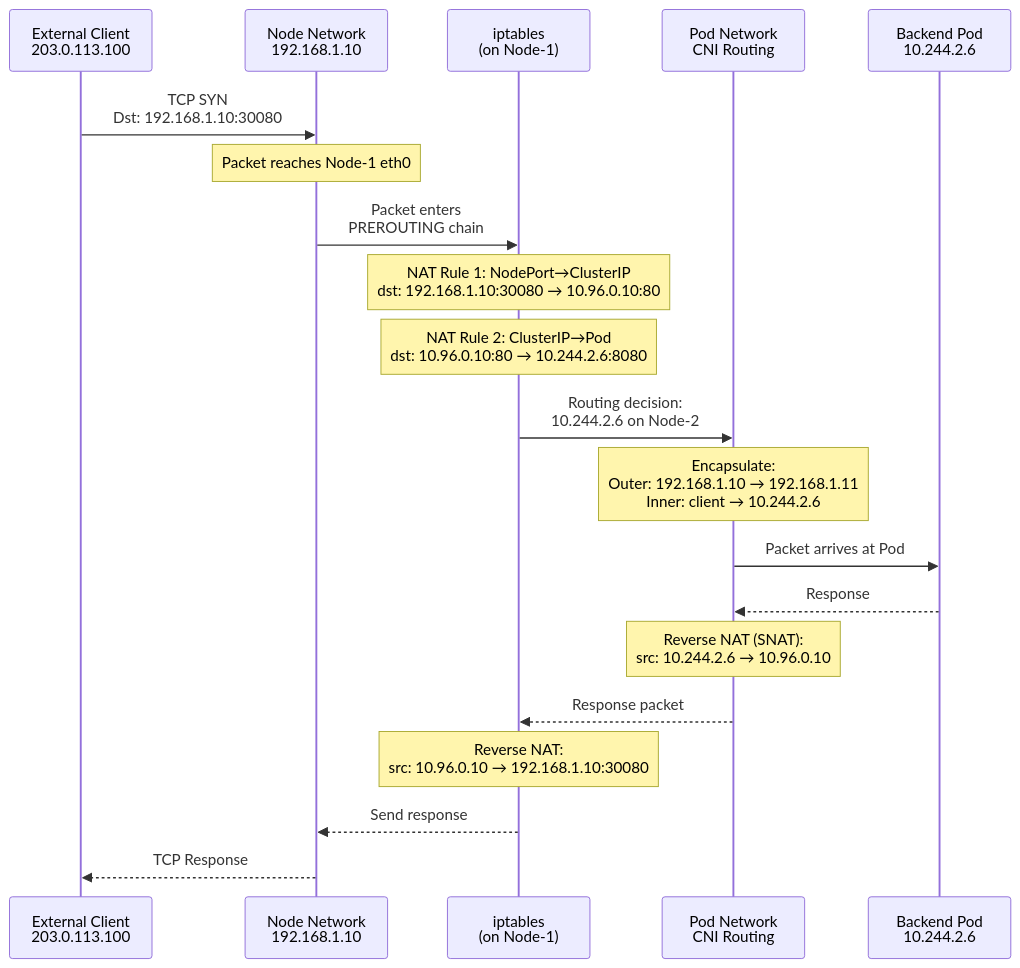
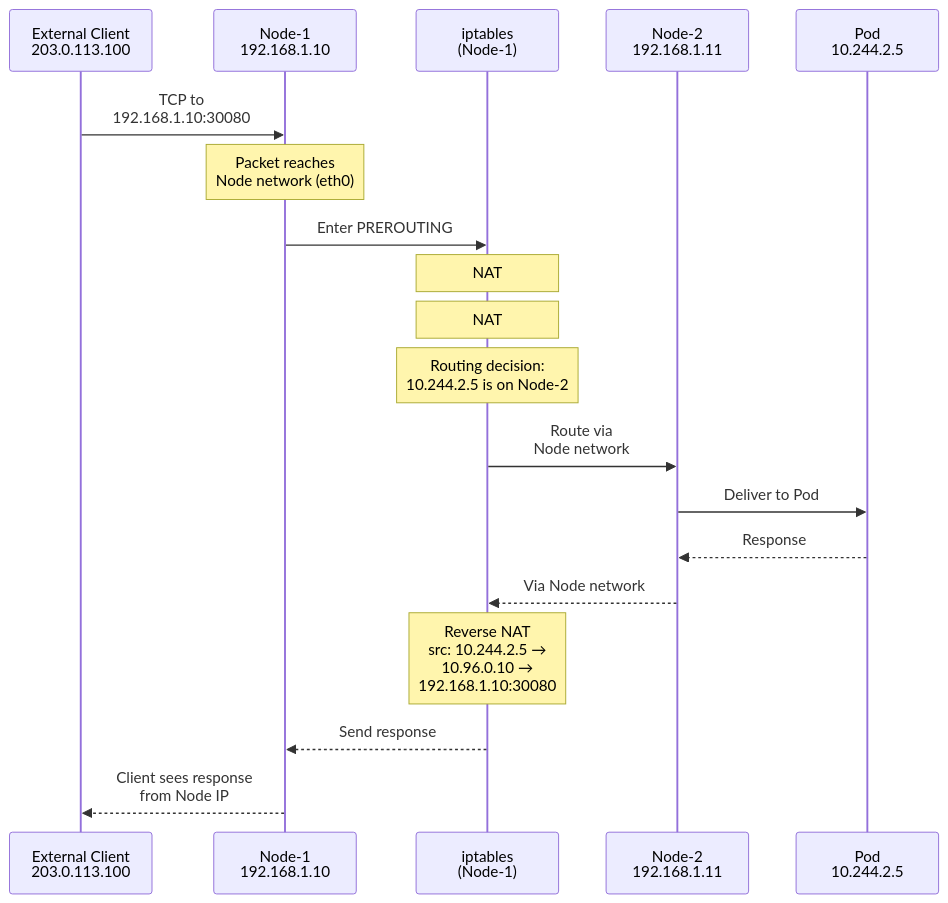
Before and after one commit to Anmol33/SystemDesign: the ninth of 10 diagrams in k8s/02_Kubernetes_Services_Networking.md, drawn with Mermaid. The commit also changed other lines of this file and 1 other file, not shown here.

````diff
--- a/k8s/02_Kubernetes_Services_Networking.md
+++ b/k8s/02_Kubernetes_Services_Networking.md
@@ -1271,35 +984,32 @@
 ```mermaid
 sequenceDiagram
-    participant Client as External Client<br/>203.0.113.100
-    participant NodeNet as Node Network<br/>192.168.1.10
-    participant IPTables as iptables<br/>(on Node-1)
-    participant PodNet as Pod Network<br/>CNI Routing
-    participant Pod as Backend Pod<br/>10.244.2.6
+    participant Ext as External Client<br/>203.0.113.100
+    participant N1 as Node-1<br/>192.168.1.10
+    participant IPT as iptables<br/>(Node-1)
+    participant N2 as Node-2<br/>192.168.1.11
+    participant Pod as Pod<br/>10.244.2.5
 
-    Client->>NodeNet: TCP SYN<br/>Dst: 192.168.1.10:30080
-    Note over NodeNet: Packet reaches Node-1 eth0
+    Ext->>N1: TCP to<br/>192.168.1.10:30080
     
-    NodeNet->>IPTables: Packet enters<br/>PREROUTING chain
+    Note over N1: Packet reaches<br/>Node network (eth0)
     
-    Note over IPTables: NAT Rule 1: NodePort→ClusterIP<br/>dst: 192.168.1.10:30080 → 10.96.0.10:80
+    N1->>IPT: Enter PREROUTING
     
-    Note over IPTables: NAT Rule 2: ClusterIP→Pod<br/>dst: 10.96.0.10:80 → 10.244.2.6:8080
+    Note over IPT: NAT #1: NodePort→ClusterIP<br/>dst: 192.168.1.10:30080 →<br/>10.96.0.10:80
     
-    IPTables->>PodNet: Routing decision:<br/>10.244.2.6 on Node-2
+    Note over IPT: NAT #2: ClusterIP→Pod<br/>dst: 10.96.0.10:80 →<br/>10.244.2.5:8080
     
-    Note over PodNet: Encapsulate:<br/>Outer: 192.168.1.10 → 192.168.1.11<br/>Inner: client → 10.244.2.6
+    Note over IPT: Routing decision:<br/>10.244.2.5 is on Node-2
     
-    PodNet->>Pod: Packet arrives at Pod
+    IPT->>N2: Route via<br/>Node network
     
-    Pod-->>PodNet: Response
+    N2->>Pod: Deliver to Pod
     
-    Note over PodNet: Reverse NAT (SNAT):<br/>src: 10.244.2.6 → 10.96.0.10
+    Pod-->>N2: Response
+    N2-->>IPT: Via Node network
     
-    PodNet-->>IPTables: Response packet
+    Note over IPT: Reverse NAT<br/>src: 10.244.2.5 →<br/>10.96.0.10 →<br/>192.168.1.10:30080
     
-    Note over IPTables: Reverse NAT:<br/>src: 10.96.0.10 → 192.168.1.10:30080
-    
-    IPTables-->>NodeNet: Send response
-    
-    NodeNet-->>Client: TCP Response
+    IPT-->>N1: Send response
+    N1-->>Ext: Client sees response<br/>from Node IP
 ```
````
